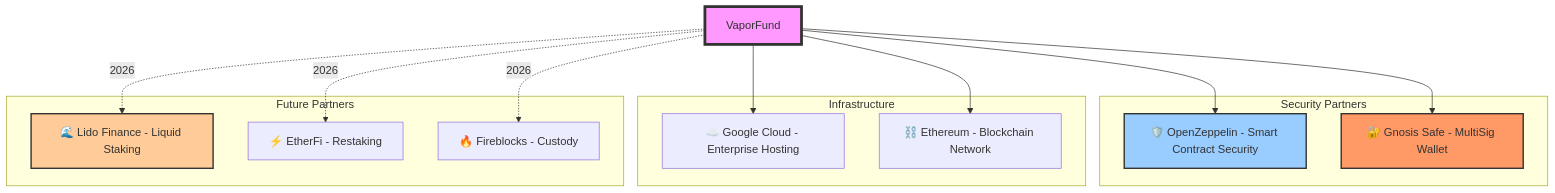
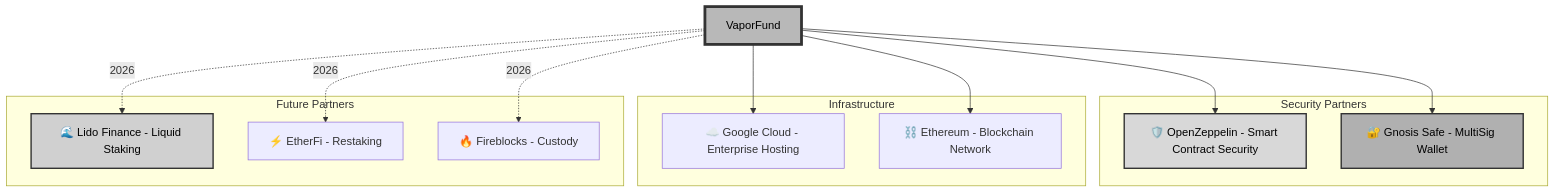
One commit to VaporFund/vapor-staking-platform-docs changed the sixth of 13 diagrams in ARCHITECTURE.md. Above: the diagram before and after it, drawn with Mermaid. The commit also changed other lines of this file and 1 other file, not shown here.

First line of the commit message:
docs: enhance ARCHITECTURE.md with explanations and grayscale styling

````diff
--- a/ARCHITECTURE.md
+++ b/ARCHITECTURE.md
@@ -184,33 +183,33 @@
 ```mermaid
 graph TB
     VF["VaporFund"]
 
     subgraph Security["Security Partners"]
         OZ["🛡️ OpenZeppelin - Smart Contract Security"]
         GNOSIS["🔐 Gnosis Safe - MultiSig Wallet"]
     end
 
     subgraph Infrastructure
         GCP["☁️ Google Cloud - Enterprise Hosting"]
         ETH2["⛓️ Ethereum - Blockchain Network"]
     end
 
     subgraph Future["Future Partners"]
         LIDO["🌊 Lido Finance - Liquid Staking"]
         ETHERFI["⚡ EtherFi - Restaking"]
         FIRE["🔥 Fireblocks - Custody"]
     end
 
     VF --> OZ
     VF --> GNOSIS
     VF --> GCP
     VF --> ETH2
     VF -.2026.-> LIDO
     VF -.2026.-> ETHERFI
     VF -.2026.-> FIRE
 
-    style VF fill:#f9f,stroke:#333,stroke-width:4px
-    style OZ fill:#9cf,stroke:#333,stroke-width:2px
-    style GNOSIS fill:#f96,stroke:#333,stroke-width:2px
-    style LIDO fill:#fc9,stroke:#333,stroke-width:2px
+    style VF fill:#b8b8b8,stroke:#333,stroke-width:4px,color:#000
+    style OZ fill:#d8d8d8,stroke:#333,stroke-width:2px,color:#000
+    style GNOSIS fill:#b0b0b0,stroke:#333,stroke-width:2px,color:#000
+    style LIDO fill:#d0d0d0,stroke:#333,stroke-width:2px,color:#000
 ```
````
